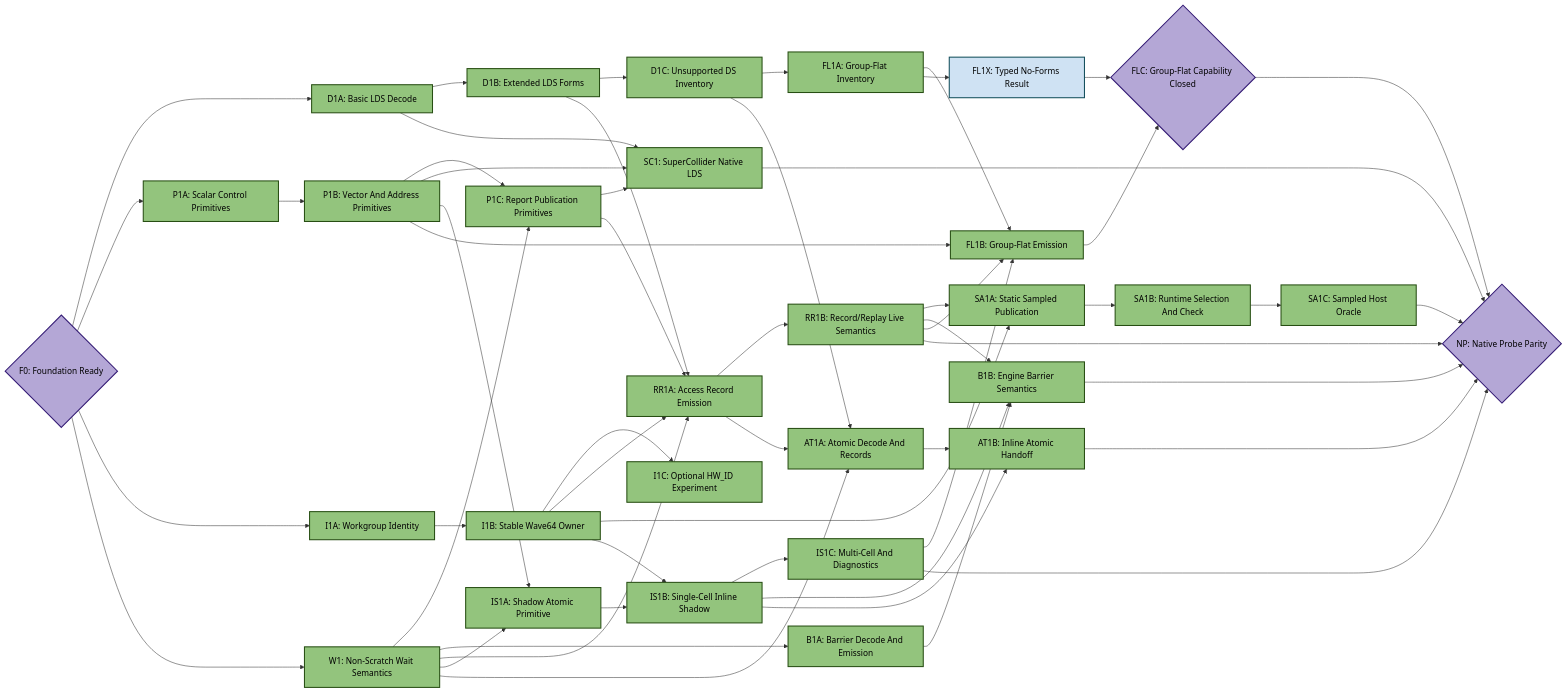
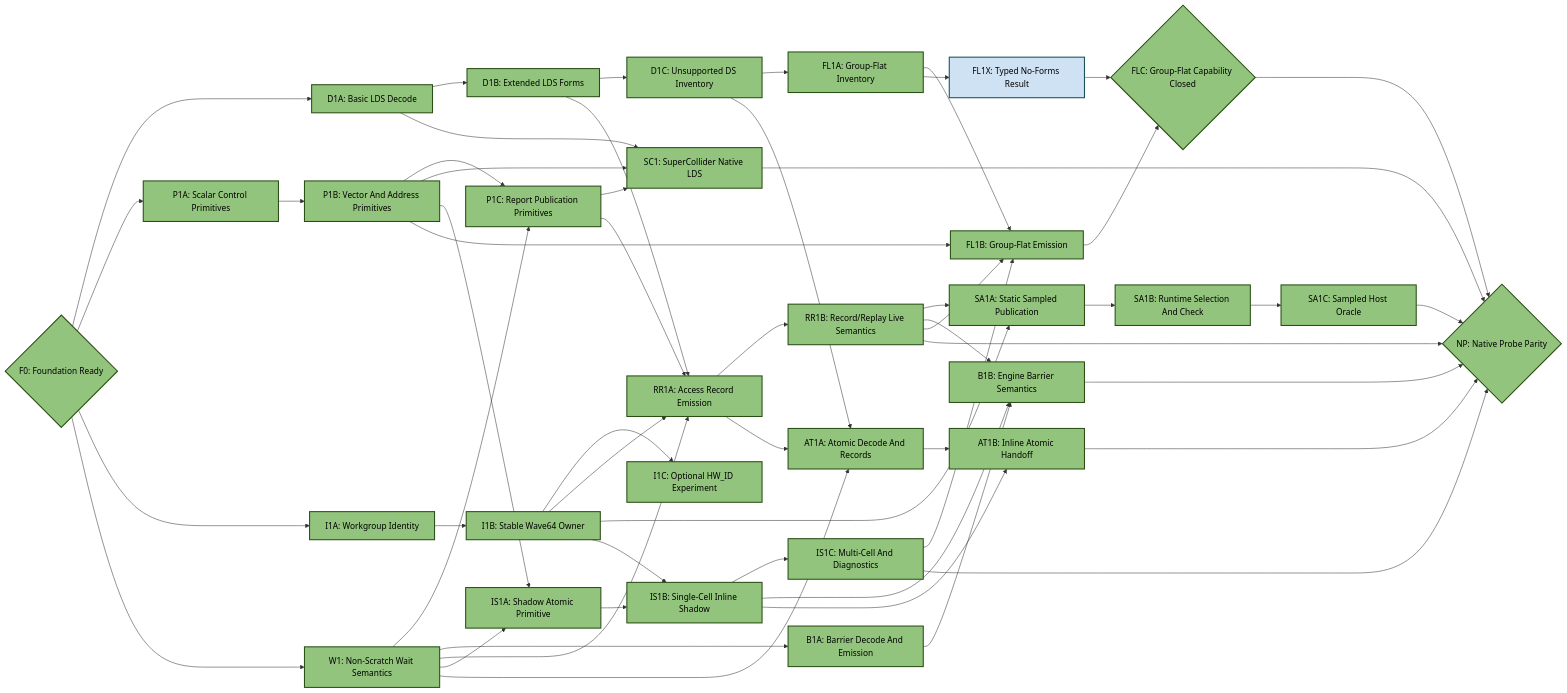
One commit to ROCm/rocm-systems changed the fourth of 5 diagrams in emulation/rocjitsu/docs/consan/PLAN_GFX950.md. Above: the diagram before and after it, drawn with Mermaid. The commit also changed other lines of this file, not shown here.

````diff
--- a/emulation/rocjitsu/docs/consan/PLAN_GFX950.md
+++ b/emulation/rocjitsu/docs/consan/PLAN_GFX950.md
@@ -800,6 +827,6 @@
 ```mermaid
 flowchart LR
-  F0{"F0: Foundation Ready"}:::target
+  F0{"F0: Foundation Ready"}:::done
   D1A["D1A: Basic LDS Decode"]:::done
   D1B["D1B: Extended LDS Forms"]:::done
   D1C["D1C: Unsupported DS Inventory"]:::done
@@ -824,10 +851,10 @@
   FL1A["FL1A: Group-Flat Inventory"]:::done
   FL1B["FL1B: Group-Flat Emission"]:::done
   FL1X["FL1X: Typed No-Forms Result"]:::notselected
-  FLC{"FLC: Group-Flat Capability Closed"}:::target
+  FLC{"FLC: Group-Flat Capability Closed"}:::done
   AT1A["AT1A: Atomic Decode And Records"]:::done
   AT1B["AT1B: Inline Atomic Handoff"]:::done
-  NP{"NP: Native Probe Parity"}:::target
+  NP{"NP: Native Probe Parity"}:::done
 
   F0 --> D1A
   F0 --> P1A
````
